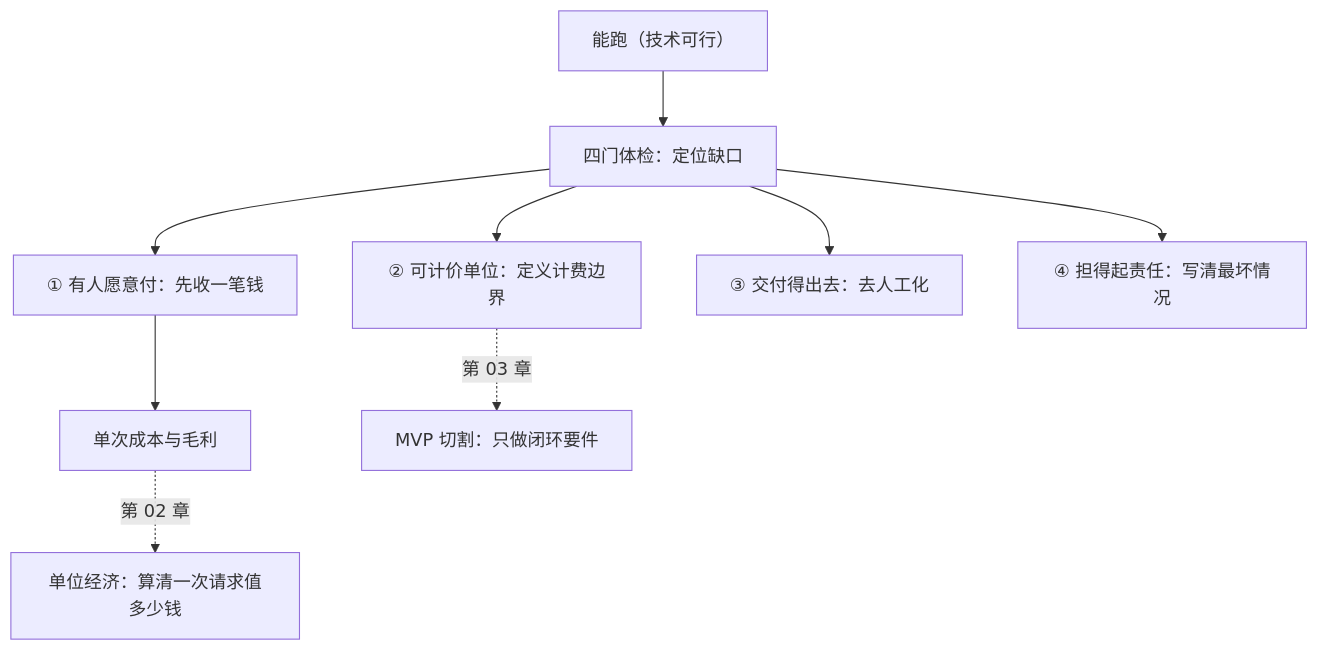
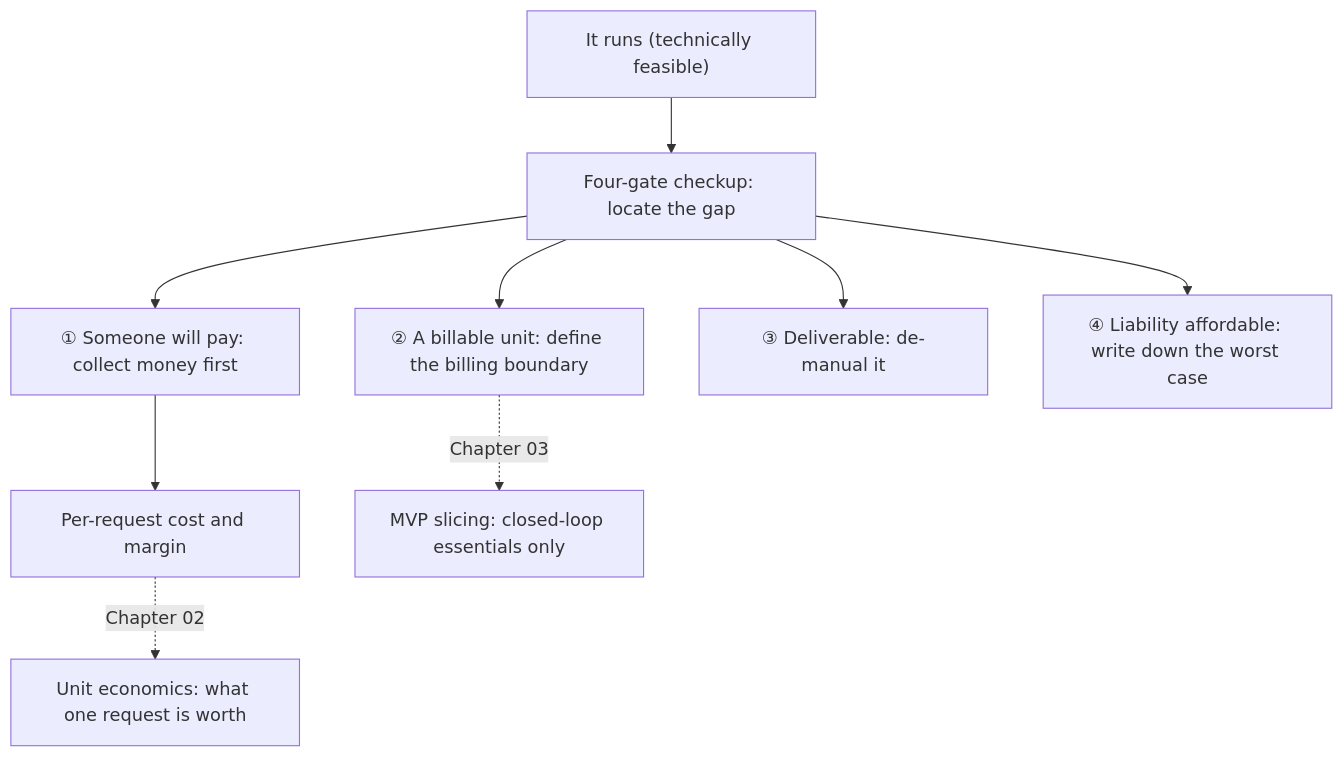
The second of 2 diagrams in phase5/chapters/ch01-can-run-not-can-charge.md (xzlxiao/vibe-coding-textbook), drawn with Mermaid before and after one commit. The commit also changed other lines of this file and 10 other files, not shown here.

````diff
--- a/phase5/chapters/ch01-can-run-not-can-charge.md
+++ b/phase5/chapters/ch01-can-run-not-can-charge.md
@@ -156,11 +156,11 @@
 ```mermaid
 flowchart TD
-    C1["能跑（技术可行）"] --> C2["四门体检：定位缺口"]
-    C2 --> C3["① 有人愿意付：先收一笔钱"]
-    C2 --> C4["② 可计价单位：定义计费边界"]
-    C2 --> C5["③ 交付得出去：去人工化"]
-    C2 --> C6["④ 担得起责任：写清最坏情况"]
-    C3 --> C7["单次成本与毛利"]
-    C7 -.->|"第 02 章"| NEXT["单位经济：算清一次请求值多少钱"]
-    C4 -.->|"第 03 章"| NEXT2["MVP 切割：只做闭环要件"]
+    C1["It runs (technically feasible)"] --> C2["Four-gate checkup: locate the gap"]
+    C2 --> C3["① Someone will pay: collect money first"]
+    C2 --> C4["② A billable unit: define the billing boundary"]
+    C2 --> C5["③ Deliverable: de-manual it"]
+    C2 --> C6["④ Liability affordable: write down the worst case"]
+    C3 --> C7["Per-request cost and margin"]
+    C7 -.->|"Chapter 02"| NEXT["Unit economics: what one request is worth"]
+    C4 -.->|"Chapter 03"| NEXT2["MVP slicing: closed-loop essentials only"]
 ```
````
